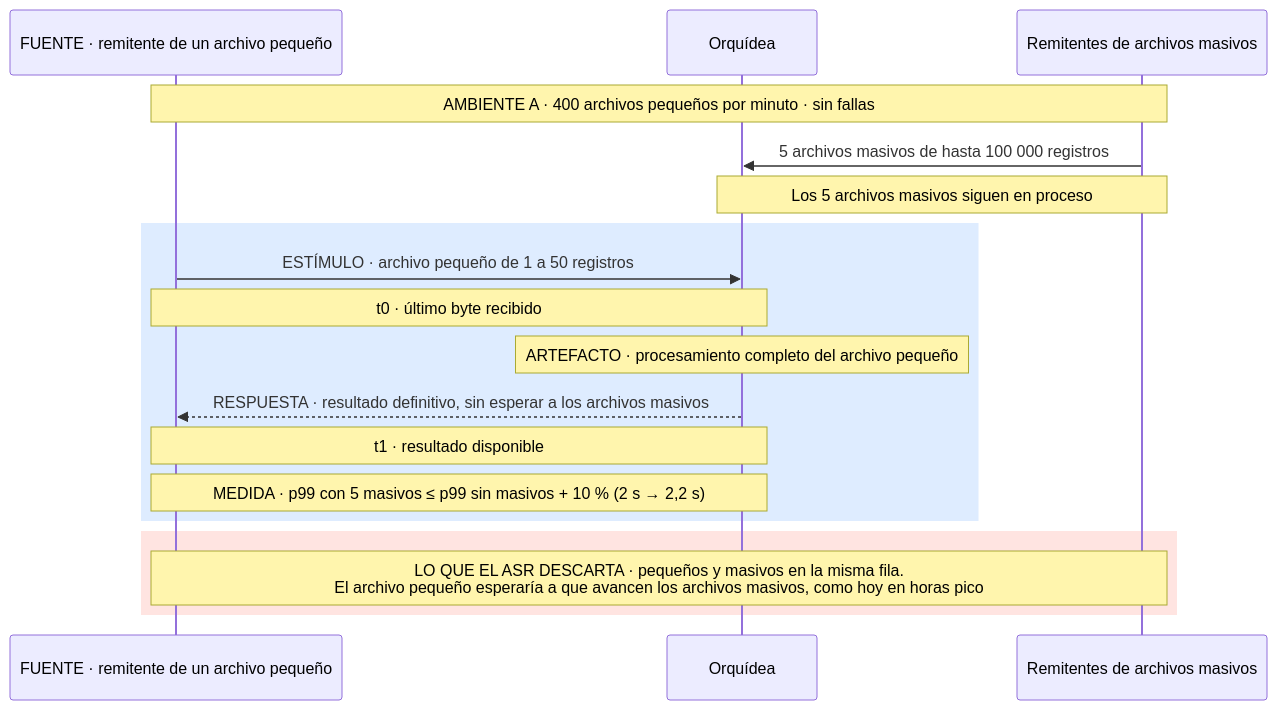
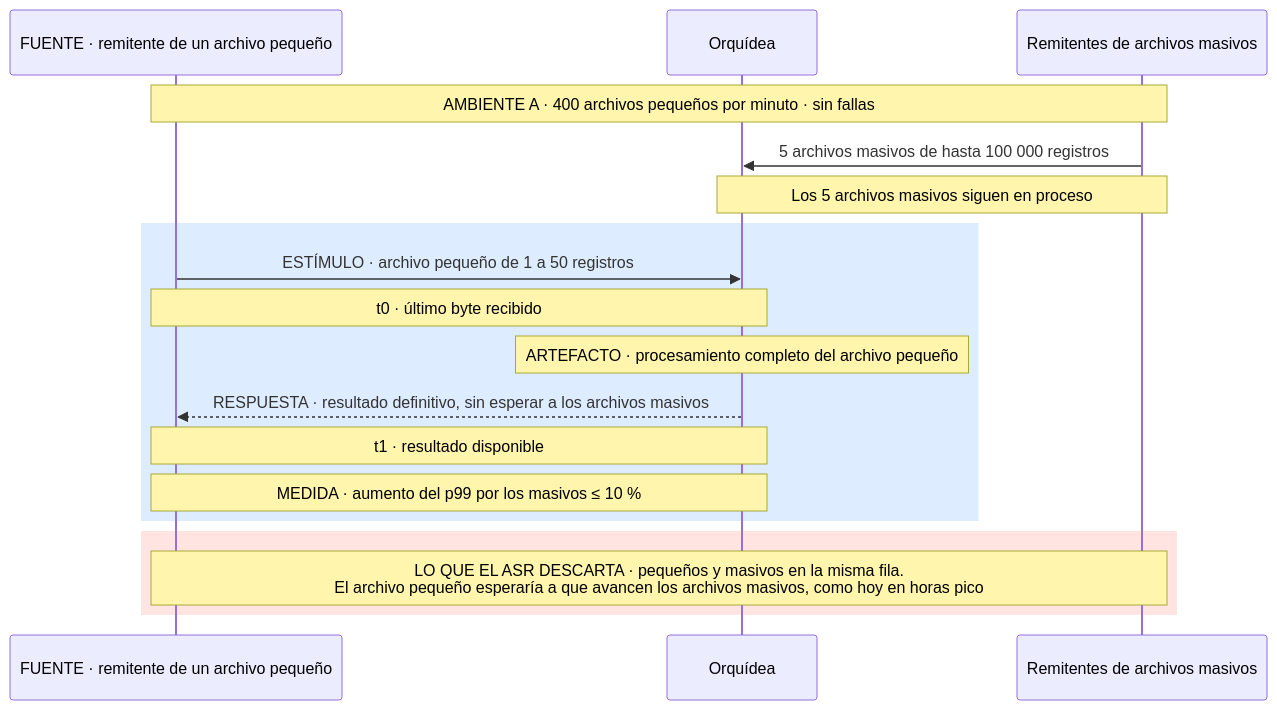
Before and after one commit to MATI-MBIT/arqsoft-reto-4: the second of 17 diagrams in docs/quality-attributes.md, drawn with Mermaid. The commit also changed other lines of this file and 1 other file, not shown here.

Commit message:
L04: una sola magnitud en la medida (aumento del p99 ≤ 10 %); la comparación va a la verificación

````diff
--- a/docs/quality-attributes.md
+++ b/docs/quality-attributes.md
@@ -215,20 +215,20 @@
 ```mermaid
 sequenceDiagram
     participant P as FUENTE · remitente de un archivo pequeño
     participant O as Orquídea
     participant M as Remitentes de archivos masivos
     Note over P,M: AMBIENTE A · 400 archivos pequeños por minuto · sin fallas
     M->>O: 5 archivos masivos de hasta 100 000 registros
     Note over O,M: Los 5 archivos masivos siguen en proceso
     rect rgb(222, 236, 255)
     P->>O: ESTÍMULO · archivo pequeño de 1 a 50 registros
     Note over P,O: t0 · último byte recibido
     Note over O: ARTEFACTO · procesamiento completo del archivo pequeño
     O-->>P: RESPUESTA · resultado definitivo, sin esperar a los archivos masivos
     Note over P,O: t1 · resultado disponible
-    Note over P,O: MEDIDA · p99 con 5 masivos ≤ p99 sin masivos + 10 % (2 s → 2,2 s)
+    Note over P,O: MEDIDA · aumento del p99 por los masivos ≤ 10 %
     end
     rect rgb(255, 228, 225)
     Note over P,M: LO QUE EL ASR DESCARTA · pequeños y masivos en la misma fila.<br/>El archivo pequeño esperaría a que avancen los archivos masivos, como hoy en horas pico
     end
 ```
````
